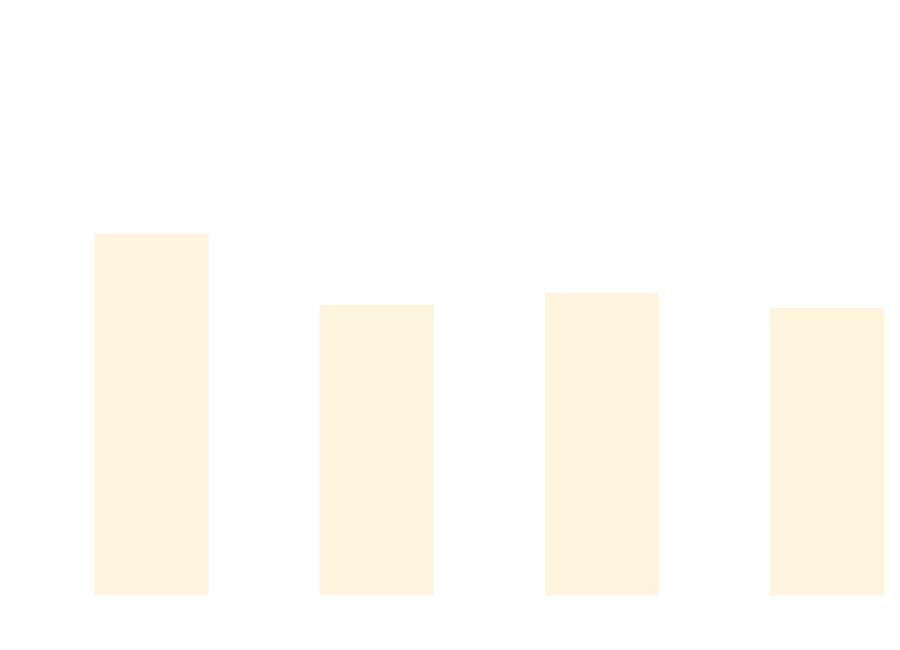
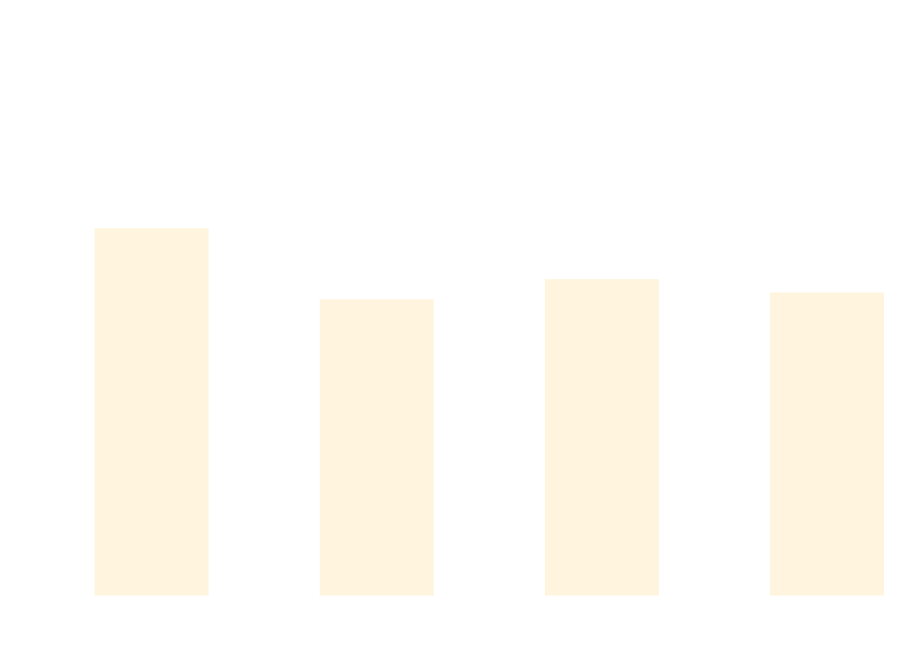
The diagram in docs/docs/benchmarks/BuildTime.md (thomhurst/TUnit), drawn with Mermaid before and after one commit. The commit also changed other lines of this file and 17 other files, not shown here.

````diff
--- a/docs/docs/benchmarks/BuildTime.md
+++ b/docs/docs/benchmarks/BuildTime.md
@@ -28,37 +28,37 @@
 ```mermaid
 %%{init: {
   'theme':'base',
   'themeVariables': {
     'primaryColor': '#2563eb',
     'primaryTextColor': '#ffffff',
     'primaryBorderColor': '#1e40af',
     'lineColor': '#6b7280',
     'secondaryColor': '#7c3aed',
     'tertiaryColor': '#dc2626',
     'background': '#ffffff',
     'mainBkg': '#2563eb',
     'secondBkg': '#7c3aed',
     'tertiaryBkg': '#dc2626',
     'clusterBkg': '#f3f4f6',
     'edgeLabelBackground': '#ffffff',
     'tertiaryTextColor': '#1f2937',
     'pie1': '#2563eb',
     'pie2': '#7c3aed',
     'pie3': '#dc2626',
     'pie4': '#f59e0b',
     'pie5': '#10b981',
     'pie6': '#06b6d4',
     'pie7': '#ec4899',
     'pie8': '#6366f1',
     'pie9': '#84cc16',
     'pie10': '#f97316',
     'pie11': '#14b8a6',
     'pie12': '#a855f7'
   }
 }}%%
 xychart-beta
   title "Build Time Comparison"
   x-axis ["Build_TUnit", "Build_NUnit", "Build_MSTest", "Build_xUnit3"]
   y-axis "Time (s)" 0 --> 3
-  bar [2.066, 1.649, 1.72, 1.63]
+  bar [2.098, 1.681, 1.799, 1.721]
 ```
````
